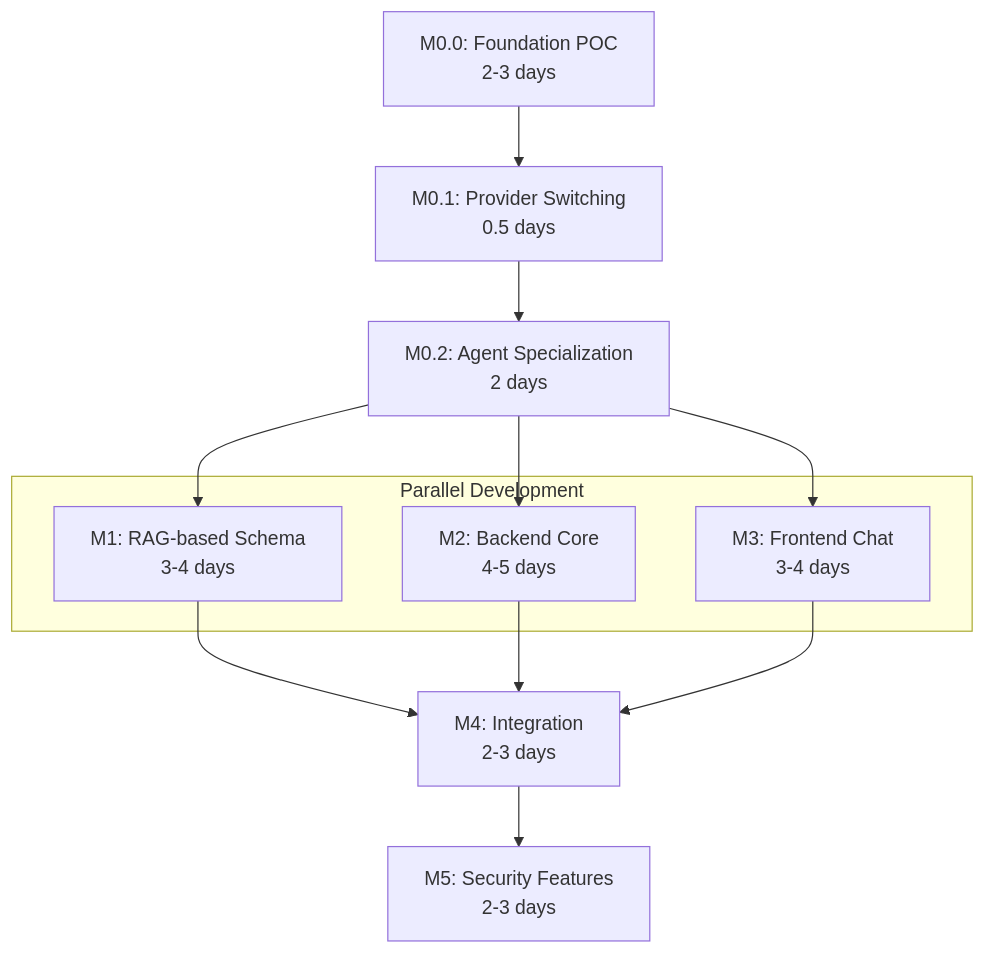
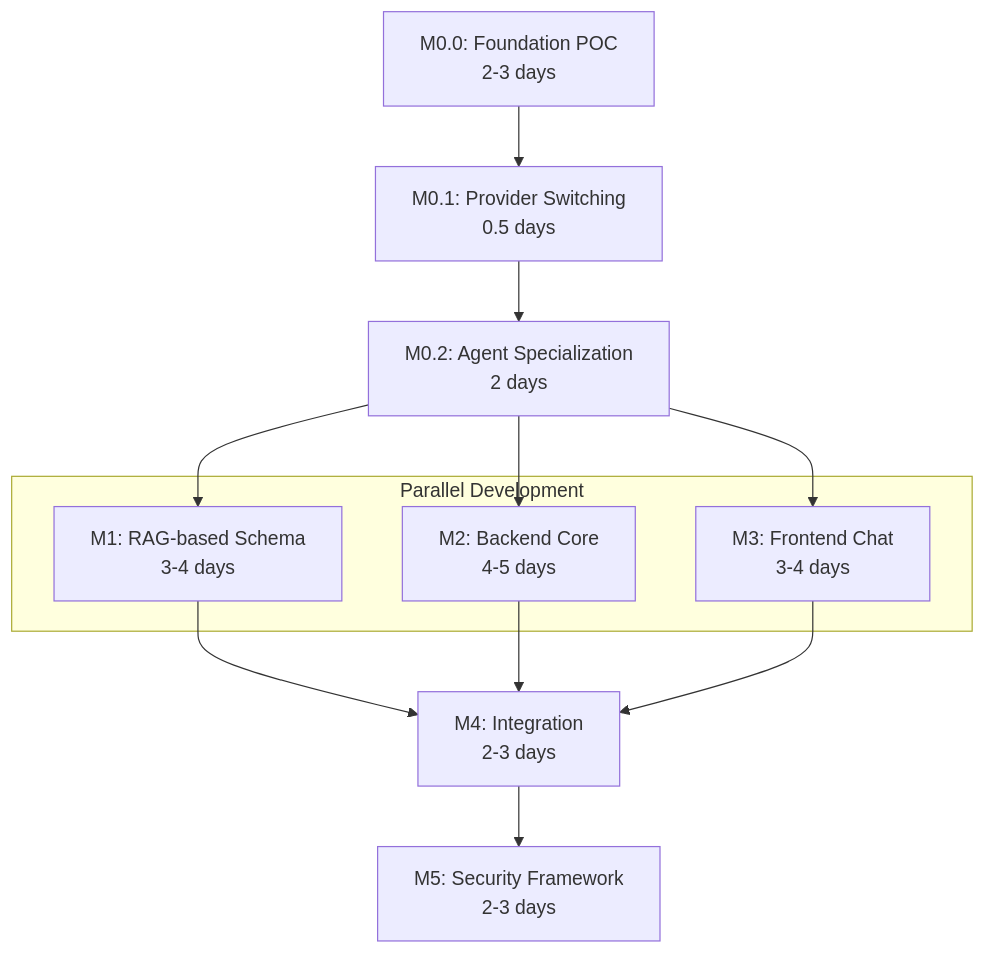
Before and after one commit to DIGI-UW/OpenELIS-Global-2: the diagram in specs/OGC-070-catalyst-assistant/plan.md, drawn with Mermaid. The commit also changed other lines of this file and 33 other files, not shown here.

````diff
--- a/specs/OGC-070-catalyst-assistant/plan.md
+++ b/specs/OGC-070-catalyst-assistant/plan.md
@@ -593,18 +615,18 @@
 ```mermaid
 graph TD
     M00["M0.0: Foundation POC<br/>2-3 days"] --> M01["M0.1: Provider Switching<br/>0.5 days"]
     M01 --> M02["M0.2: Agent Specialization<br/>2 days"]
     M02 --> M1["M1: RAG-based Schema<br/>3-4 days"]
     M02 --> M2["M2: Backend Core<br/>4-5 days"]
     M02 --> M3["M3: Frontend Chat<br/>3-4 days"]
     M1 --> M4["M4: Integration<br/>2-3 days"]
     M2 --> M4
     M3 --> M4
-    M4 --> M5["M5: Security Features<br/>2-3 days"]
+    M4 --> M5["M5: Security Framework<br/>2-3 days"]
 
     subgraph parallel ["Parallel Development"]
         M1
         M2
         M3
     end
 ```
````
